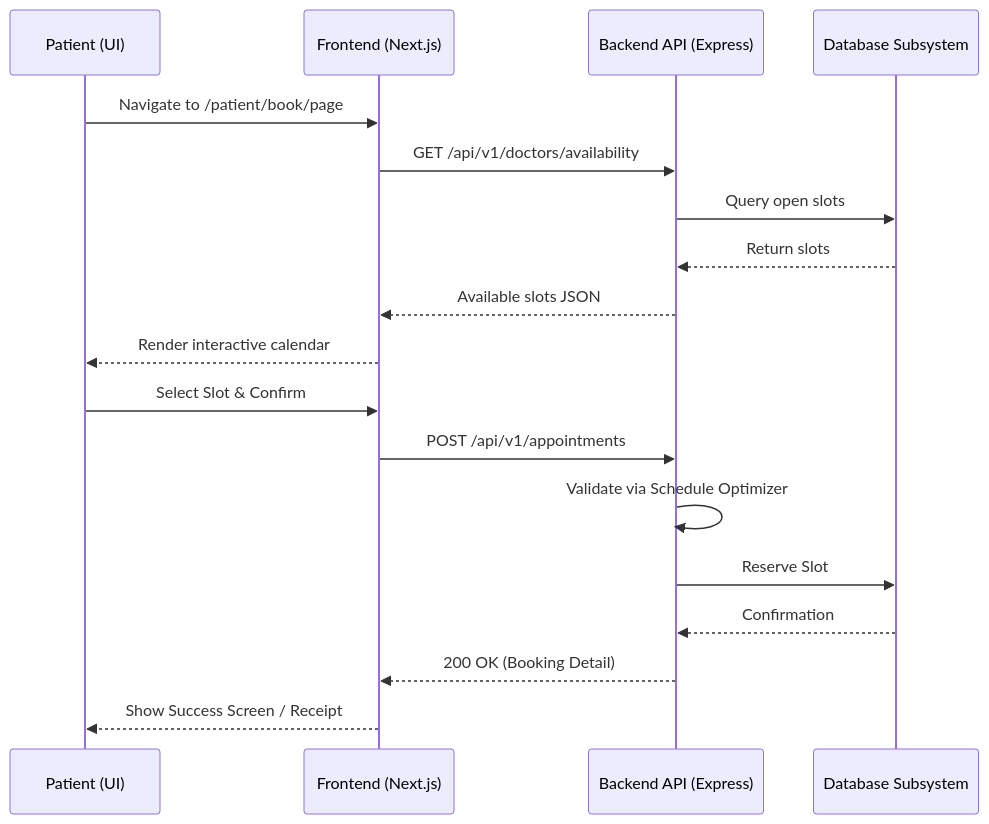
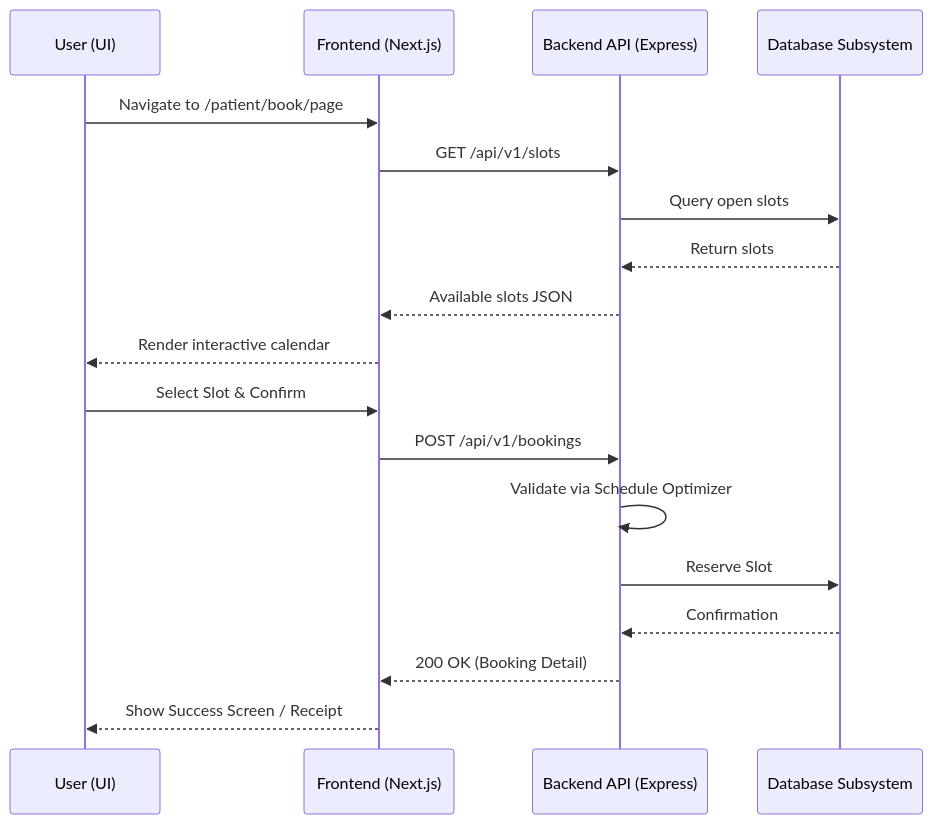
One commit to sahoo-tech/Health-Connect changed the second of 3 diagrams in README.md. Above: the diagram before and after it, drawn with Mermaid. The commit also changed other lines of this file and 22 other files, not shown here.

````diff
--- a/README.md
+++ b/README.md
@@ -57,21 +55,21 @@
 ```mermaid
 sequenceDiagram
-    participant P as Patient (UI)
+    participant U as User (UI)
     participant F as Frontend (Next.js)
     participant B as Backend API (Express)
     participant DB as Database Subsystem
     
-    P->>F: Navigate to /patient/book/page
-    F->>B: GET /api/v1/doctors/availability
+    U->>F: Navigate to /patient/book/page
+    F->>B: GET /api/v1/slots
     B->>DB: Query open slots
     DB-->>B: Return slots
     B-->>F: Available slots JSON
-    F-->>P: Render interactive calendar
-    P->>F: Select Slot & Confirm
-    F->>B: POST /api/v1/appointments
+    F-->>U: Render interactive calendar
+    U->>F: Select Slot & Confirm
+    F->>B: POST /api/v1/bookings
     B->>B: Validate via Schedule Optimizer
     B->>DB: Reserve Slot
     DB-->>B: Confirmation
     B-->>F: 200 OK (Booking Detail)
-    F-->>P: Show Success Screen / Receipt
+    F-->>U: Show Success Screen / Receipt
 ```
````
